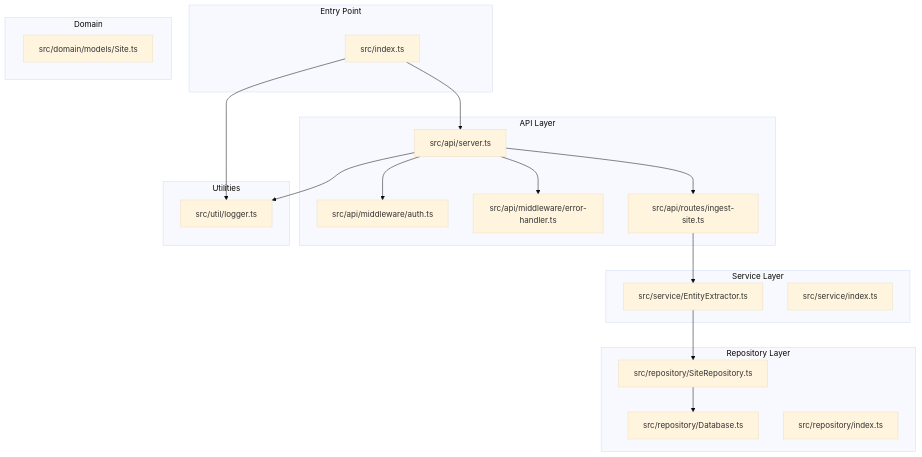
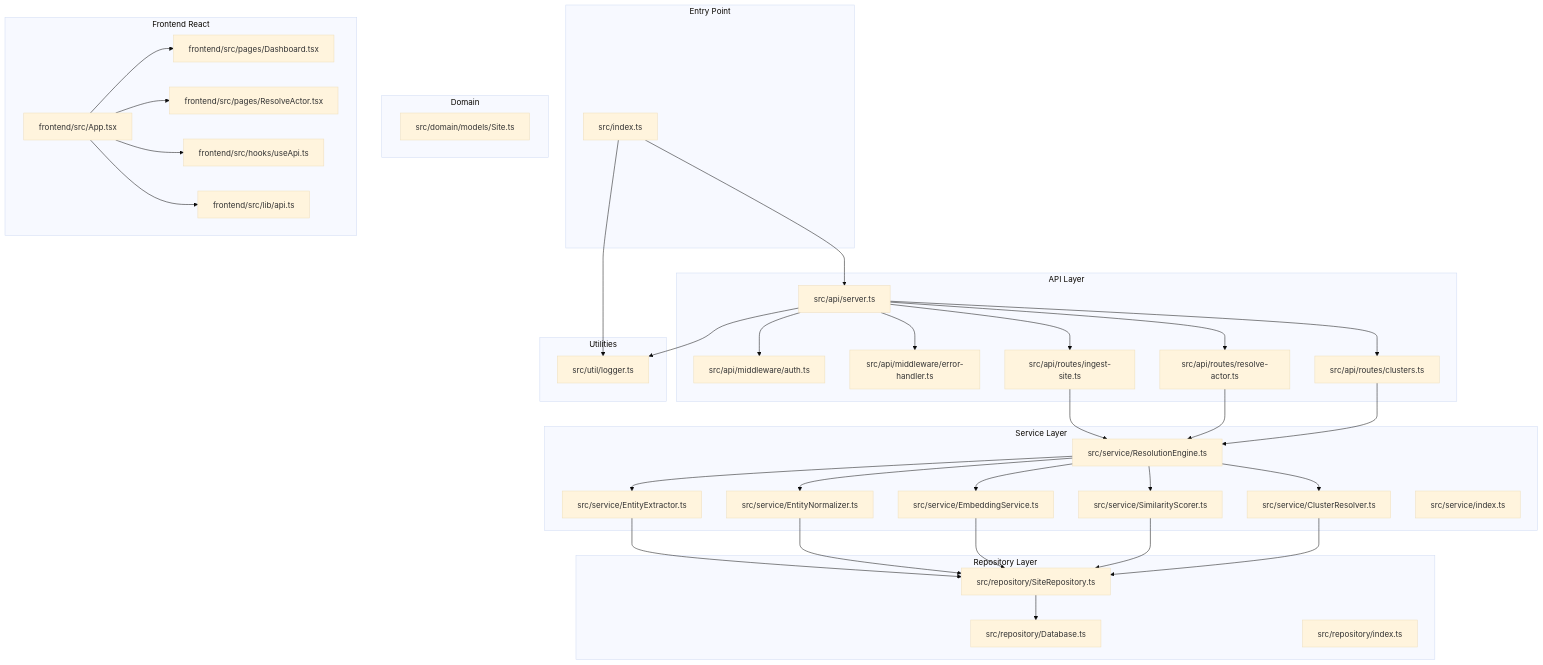
Before and after one commit to vishnusaibhosekar/ares: the first of 9 diagrams in .qoder/repowiki/en/content/Architecture Overview.md, drawn with Mermaid (base theme). The commit also changed other lines of this file and 21 other files, not shown here.

````diff
--- a/.qoder/repowiki/en/content/Architecture Overview.md
+++ b/.qoder/repowiki/en/content/Architecture Overview.md
@@ -46,36 +73,67 @@
 ```mermaid
 graph TB
 subgraph "Entry Point"
 IDX["src/index.ts"]
 end
 subgraph "API Layer"
 SRV["src/api/server.ts"]
 AUTH["src/api/middleware/auth.ts"]
 ERR["src/api/middleware/error-handler.ts"]
 INGEST["src/api/routes/ingest-site.ts"]
+RESOLVE["src/api/routes/resolve-actor.ts"]
+CLUSTERS["src/api/routes/clusters.ts"]
 end
 subgraph "Service Layer"
 EXTRACT["src/service/EntityExtractor.ts"]
+NORMALIZE["src/service/EntityNormalizer.ts"]
+EMBED["src/service/EmbeddingService.ts"]
+SCORE["src/service/SimilarityScorer.ts"]
+CLUSTER["src/service/ClusterResolver.ts"]
+ENGINE["src/service/ResolutionEngine.ts"]
 SVCIDX["src/service/index.ts"]
 end
 subgraph "Repository Layer"
 DB["src/repository/Database.ts"]
 SITEREP["src/repository/SiteRepository.ts"]
 REPIDX["src/repository/index.ts"]
 end
 subgraph "Domain"
 SITE["src/domain/models/Site.ts"]
 end
+subgraph "Frontend React"
+APP["frontend/src/App.tsx"]
+DASHBOARD["frontend/src/pages/Dashboard.tsx"]
+RESOLVEPAGE["frontend/src/pages/ResolveActor.tsx"]
+APIHOOKS["frontend/src/hooks/useApi.ts"]
+APICLIENT["frontend/src/lib/api.ts"]
+end
 subgraph "Utilities"
 LOG["src/util/logger.ts"]
 end
 IDX --> SRV
 SRV --> AUTH
 SRV --> ERR
 SRV --> INGEST
-INGEST --> EXTRACT
+SRV --> RESOLVE
+SRV --> CLUSTERS
+INGEST --> ENGINE
+RESOLVE --> ENGINE
+CLUSTERS --> ENGINE
+ENGINE --> EXTRACT
+ENGINE --> NORMALIZE
+ENGINE --> EMBED
+ENGINE --> SCORE
+ENGINE --> CLUSTER
 EXTRACT --> SITEREP
+NORMALIZE --> SITEREP
+EMBED --> SITEREP
+SCORE --> SITEREP
+CLUSTER --> SITEREP
 SITEREP --> DB
 SRV --> LOG
 IDX --> LOG
+APP --> DASHBOARD
+APP --> RESOLVEPAGE
+APP --> APIHOOKS
+APP --> APICLIENT
 ```
````
